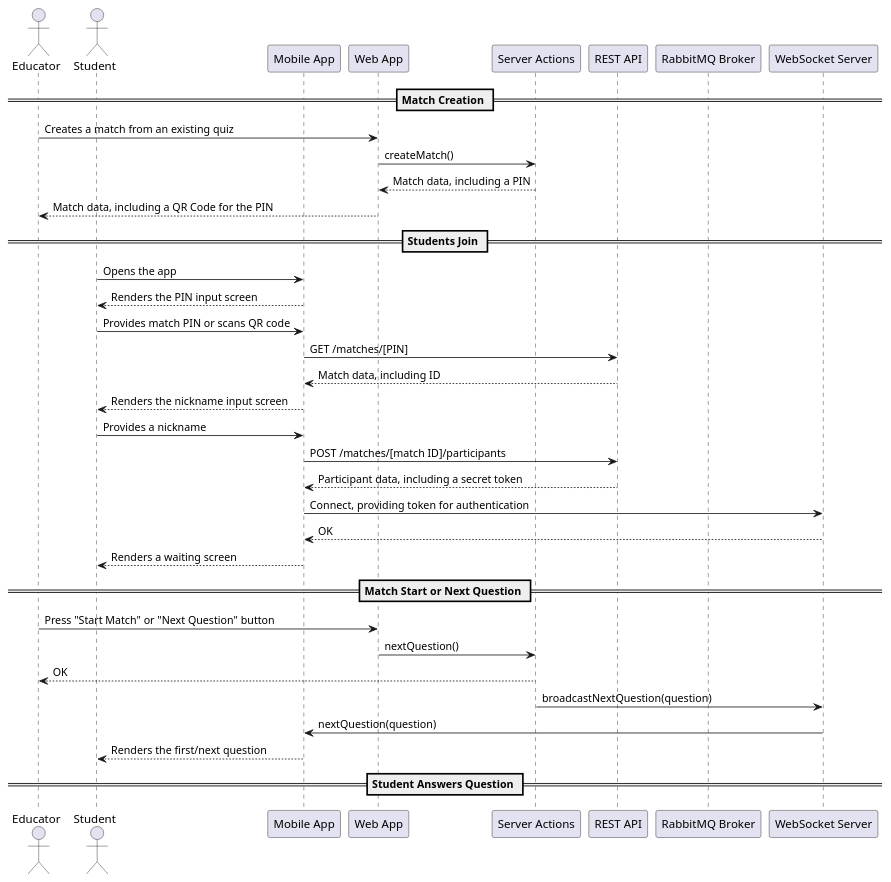
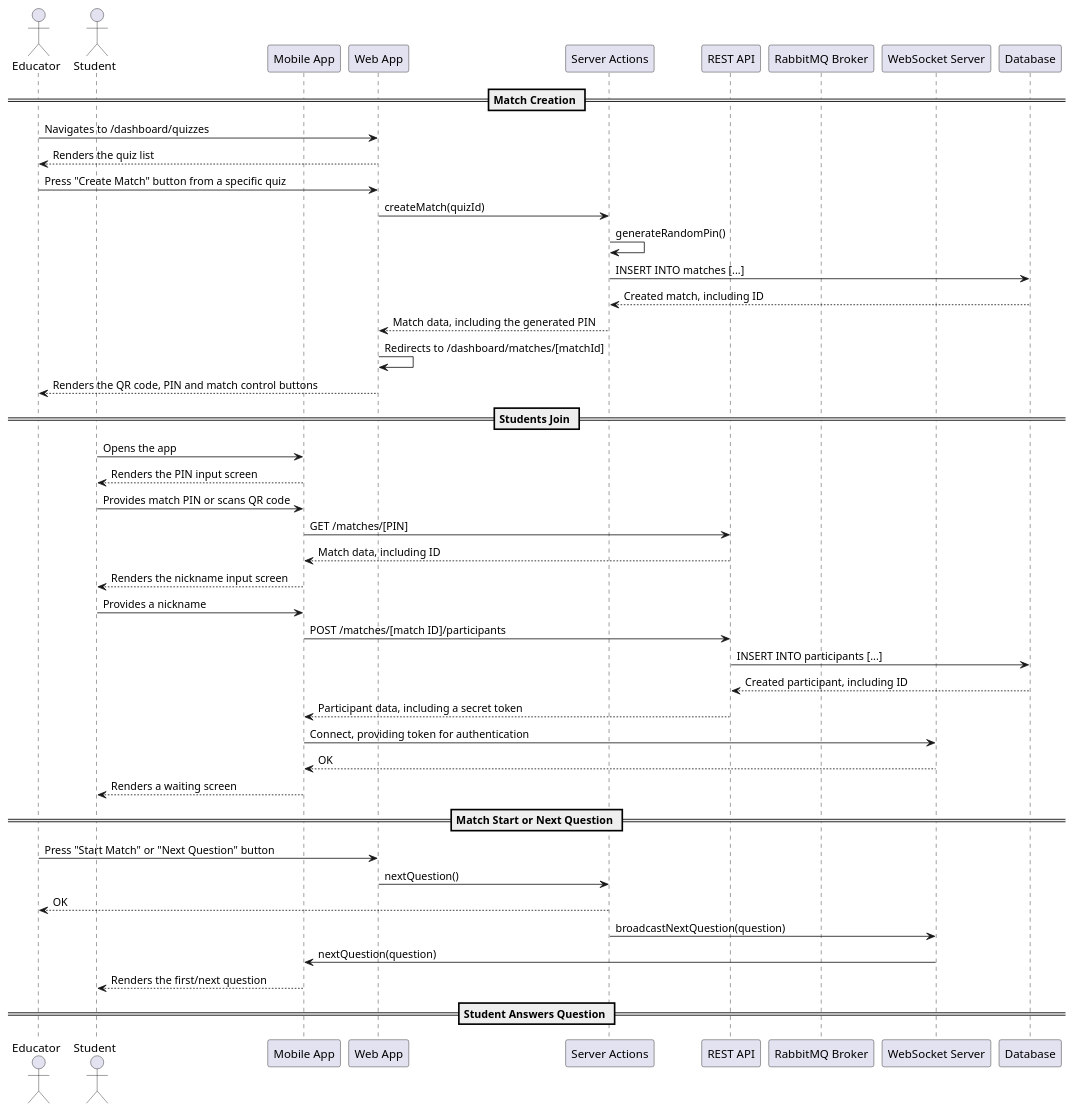
Before and after one commit to lucaazalim/ti-5-mindrush: the diagram in docs/assets/diagrama-de-sequencia.puml, drawn with PlantUML.

Commit message:
docs: atualizando diagrama de sequência.

```diff
--- a/docs/assets/diagrama-de-sequencia.puml
+++ b/docs/assets/diagrama-de-sequencia.puml
@@ -1,48 +1,57 @@
 @startuml
 actor Educator
 actor Student
 
 participant "Mobile App" as MobileApp
 participant "Web App" as WebApp
 participant "Server Actions" as ServerActions
 participant "REST API" as RESTAPI
 participant "RabbitMQ Broker" as RabbitMQ
 participant "WebSocket Server" as WSS
+participant "Database" as DB
 
 == Match Creation ==
 
-Educator -> WebApp : Creates a match from an existing quiz
-WebApp -> ServerActions : createMatch()
-WebApp <-- ServerActions : Match data, including a PIN
-Educator <-- WebApp : Match data, including a QR Code for the PIN
+Educator -> WebApp : Navigates to /dashboard/quizzes
+Educator <-- WebApp : Renders the quiz list
+Educator -> WebApp : Press "Create Match" button from a specific quiz
+WebApp -> ServerActions : createMatch(quizId)
+ServerActions -> ServerActions : generateRandomPin()
+ServerActions -> DB : INSERT INTO matches [...]
+ServerActions <-- DB : Created match, including ID
+WebApp <-- ServerActions : Match data, including the generated PIN
+WebApp -> WebApp : Redirects to /dashboard/matches/[matchId]
+Educator <-- WebApp : Renders the QR code, PIN and match control buttons
 
 == Students Join ==
 
 Student -> MobileApp : Opens the app
 Student <-- MobileApp : Renders the PIN input screen
 Student -> MobileApp : Provides match PIN or scans QR code
 MobileApp -> RESTAPI : GET /matches/[PIN]
 MobileApp <-- RESTAPI : Match data, including ID
 Student <-- MobileApp : Renders the nickname input screen
 
 Student -> MobileApp : Provides a nickname
 MobileApp -> RESTAPI : POST /matches/[match ID]/participants
+RESTAPI -> DB : INSERT INTO participants [...]
+RESTAPI <-- DB : Created participant, including ID
 MobileApp <-- RESTAPI : Participant data, including a secret token
 
 MobileApp -> WSS : Connect, providing token for authentication
 MobileApp <-- WSS : OK
 
 Student <-- MobileApp : Renders a waiting screen
 
 == Match Start or Next Question ==
 
 Educator -> WebApp : Press "Start Match" or "Next Question" button
 WebApp -> ServerActions : nextQuestion()
 Educator <-- ServerActions : OK
 ServerActions -> WSS : broadcastNextQuestion(question)
 WSS -> MobileApp : nextQuestion(question)
 Student <-- MobileApp : Renders the first/next question
 
 == Student Answers Question ==
 
 @enduml
```
